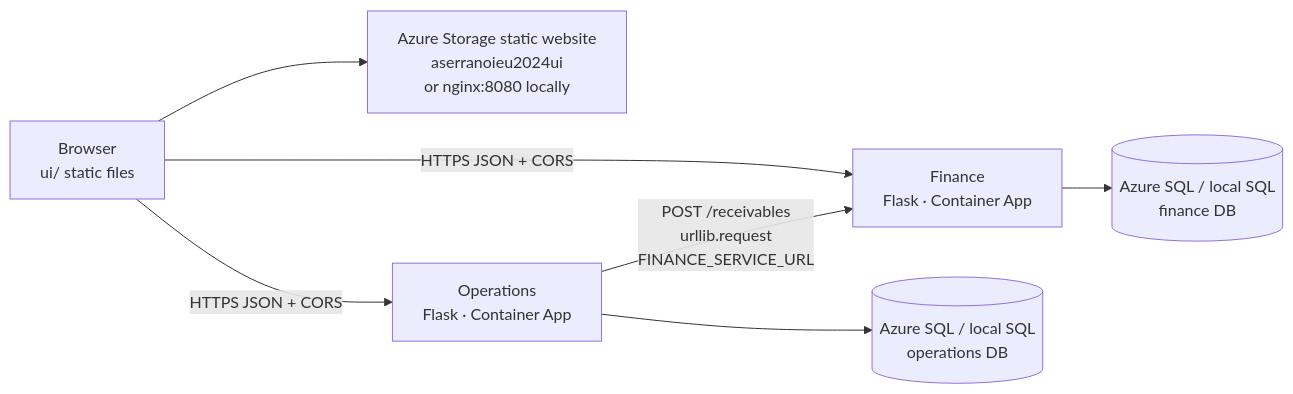
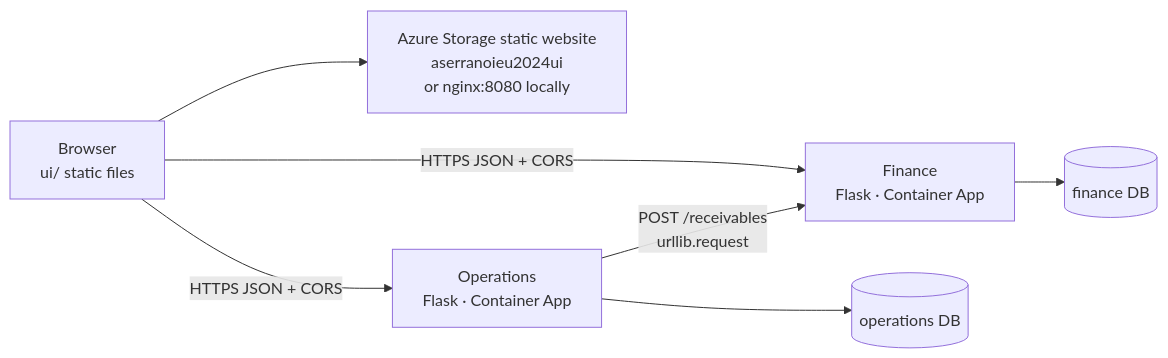
Before and after one commit to alejandroserranosanchez/Medic: the diagram in README.md, drawn with Mermaid. The commit also changed other lines of this file and 2 other files, not shown here.

Commit message:
docs: complete deployment runbook and architecture decisions

````diff
--- a/README.md
+++ b/README.md
@@ -32,16 +39,16 @@
 ```mermaid
 flowchart LR
   Browser["Browser<br/>ui/ static files"]
   UI["Azure Storage static website<br/>aserranoieu2024ui<br/>or nginx:8080 locally"]
   Ops["Operations<br/>Flask · Container App"]
   Fin["Finance<br/>Flask · Container App"]
-  OpsDB[("Azure SQL / local SQL<br/>operations DB")]
-  FinDB[("Azure SQL / local SQL<br/>finance DB")]
+  OpsDB[("operations DB")]
+  FinDB[("finance DB")]
 
   Browser --> UI
   Browser -->|"HTTPS JSON + CORS"| Ops
   Browser -->|"HTTPS JSON + CORS"| Fin
-  Ops -->|"POST /receivables<br/>urllib.request<br/>FINANCE_SERVICE_URL"| Fin
+  Ops -->|"POST /receivables<br/>urllib.request"| Fin
   Ops --> OpsDB
   Fin --> FinDB
 ```
````
